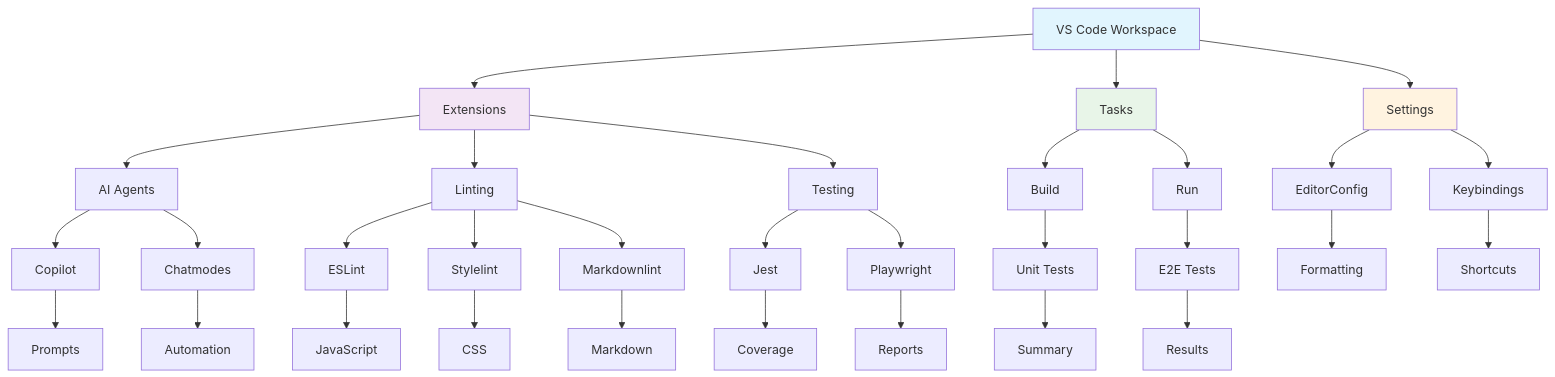
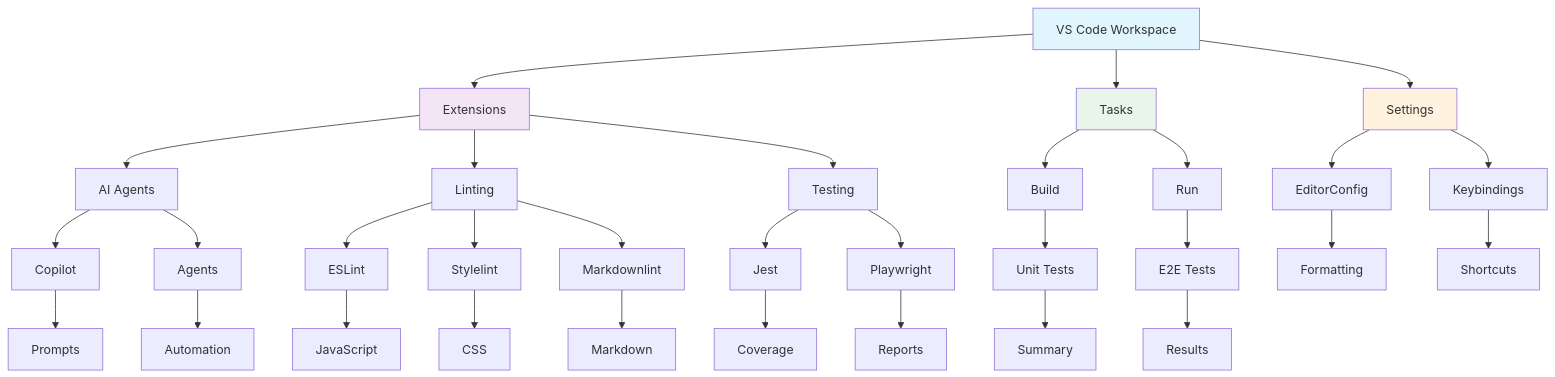
One commit to lightspeedwp/.github changed the diagram in .vscode/README.md. Above: the diagram before and after it, drawn with Mermaid. The commit also changed 289 other files, not shown here.

Commit message:
Update README files, cleanup files, consolidate documentation files, migrate chatmodes to agents, run linting on all markdown files.

````diff
--- a/.vscode/README.md
+++ b/.vscode/README.md
@@ -23,38 +23,38 @@
 ```mermaid
 flowchart TD
     A[VS Code Workspace] --> B[Extensions]
     A --> C[Tasks]
     A --> D[Settings]
     B --> E[AI Agents]
     B --> F[Linting]
     B --> G[Testing]
     C --> H[Build]
     C --> I[Run]
     D --> J[EditorConfig]
     D --> K[Keybindings]
     E --> L[Copilot]
-    E --> M[Chatmodes]
+    E --> M[Agents]
     F --> N[ESLint]
     F --> O[Stylelint]
     F --> P[Markdownlint]
     G --> Q[Jest]
     G --> R[Playwright]
     H --> S[Unit Tests]
     I --> T[E2E Tests]
     J --> U[Formatting]
     K --> V[Shortcuts]
     L --> W[Prompts]
     M --> X[Automation]
     N --> Y[JavaScript]
     O --> Z[CSS]
     P --> AA[Markdown]
     Q --> AB[Coverage]
     R --> AC[Reports]
     S --> AD[Summary]
     T --> AE[Results]
 
     style A fill:#e1f5fe
     style B fill:#f3e5f5
     style C fill:#e8f5e8
     style D fill:#fff3e0
 ```
````
